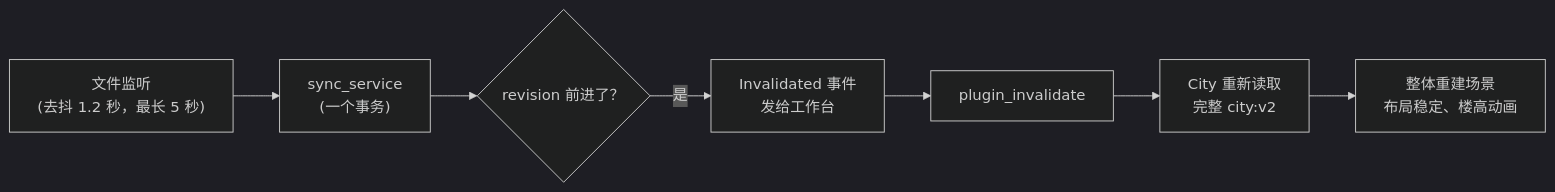
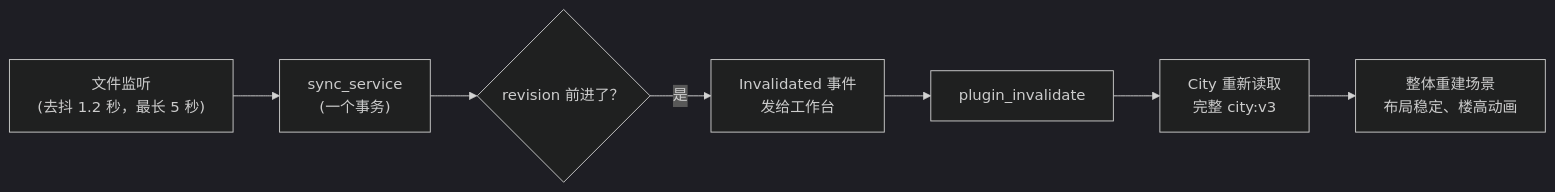
One commit to Oh-Agent-AI/oh-agent changed the second of 2 diagrams in website/docs/src/content/docs/zh/architecture/data-pipeline.md. Above: the diagram before and after it, drawn with Mermaid (dark theme). The commit also changed other lines of this file and 5 other files, not shown here.

First line of the commit message:
docs(drip): publish architecture/data-pipeline (en+zh)

````diff
--- a/website/docs/src/content/docs/zh/architecture/data-pipeline.md
+++ b/website/docs/src/content/docs/zh/architecture/data-pipeline.md
@@ -79,9 +79,9 @@
 ```mermaid
 flowchart LR
   W["文件监听<br/>(去抖 1.2 秒，最长 5 秒)"] --> S["sync_service<br/>(一个事务)"]
   S --> R{"revision 前进了？"}
   R -- 是 --> E["Invalidated 事件<br/>发给工作台"]
   E --> P["plugin_invalidate"]
-  P --> C["City 重新读取<br/>完整 city:v2"]
+  P --> C["City 重新读取<br/>完整 city:v3"]
   C --> B["整体重建场景<br/>布局稳定、楼高动画"]
 ```
````
